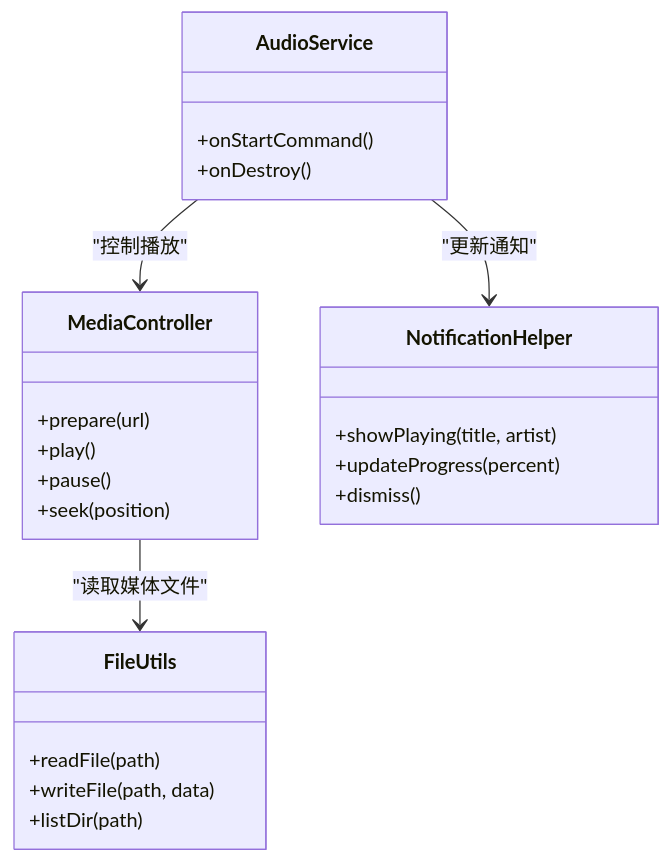
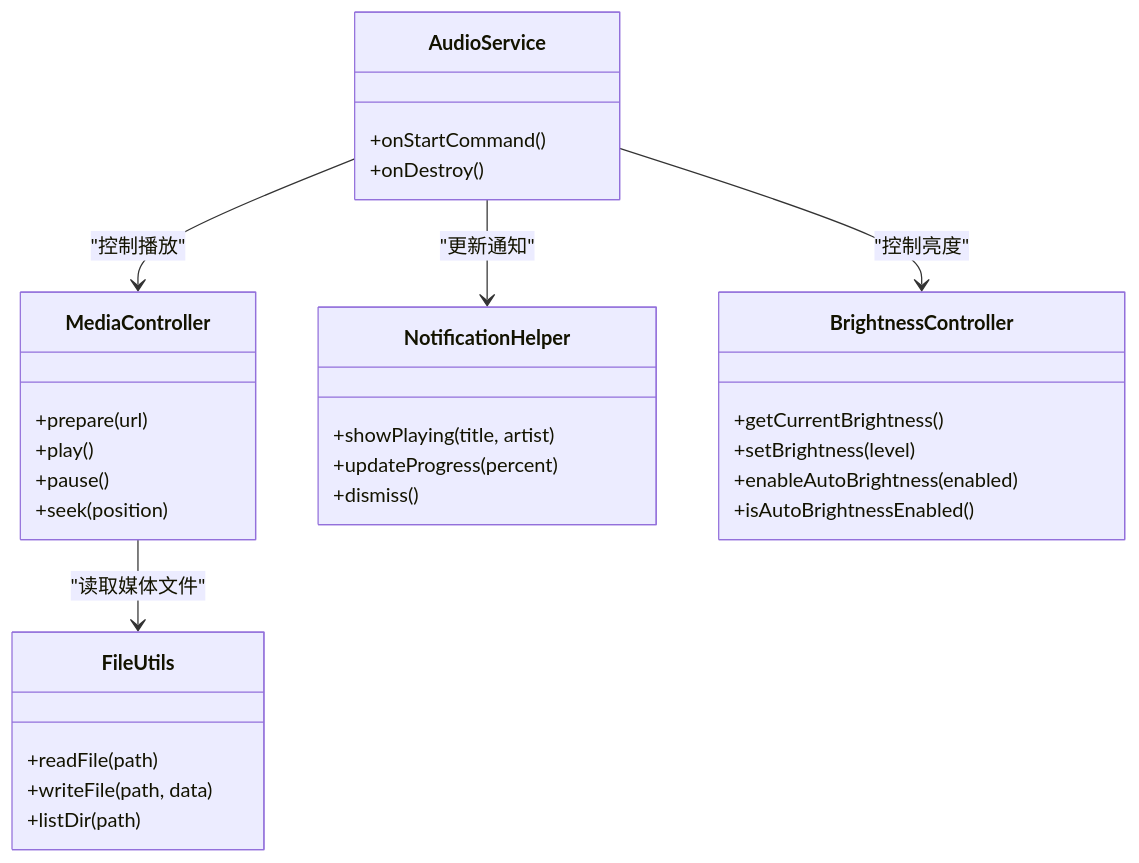
Before and after one commit to ZhangGHGitHub/LegadoTeamFlutter: the seventh of 9 diagrams in .qoder/repowiki/zh/content/Flutter跨平台应用/平台特定功能/Android平台集成.md, drawn with Mermaid. The commit also changed other lines of this file and 660 other files, not shown here.

````diff
--- a/.qoder/repowiki/zh/content/Flutter跨平台应用/平台特定功能/Android平台集成.md
+++ b/.qoder/repowiki/zh/content/Flutter跨平台应用/平台特定功能/Android平台集成.md
@@ -336,26 +360,33 @@
 ```mermaid
 classDiagram
 class FileUtils {
 +readFile(path)
 +writeFile(path, data)
 +listDir(path)
 }
 class MediaController {
 +prepare(url)
 +play()
 +pause()
 +seek(position)
 }
 class NotificationHelper {
 +showPlaying(title, artist)
 +updateProgress(percent)
 +dismiss()
 }
+class BrightnessController {
++getCurrentBrightness()
++setBrightness(level)
++enableAutoBrightness(enabled)
++isAutoBrightnessEnabled()
+}
 class AudioService {
 +onStartCommand()
 +onDestroy()
 }
 AudioService --> MediaController : "控制播放"
 AudioService --> NotificationHelper : "更新通知"
 MediaController --> FileUtils : "读取媒体文件"
+AudioService --> BrightnessController : "控制亮度"
 ```
````
